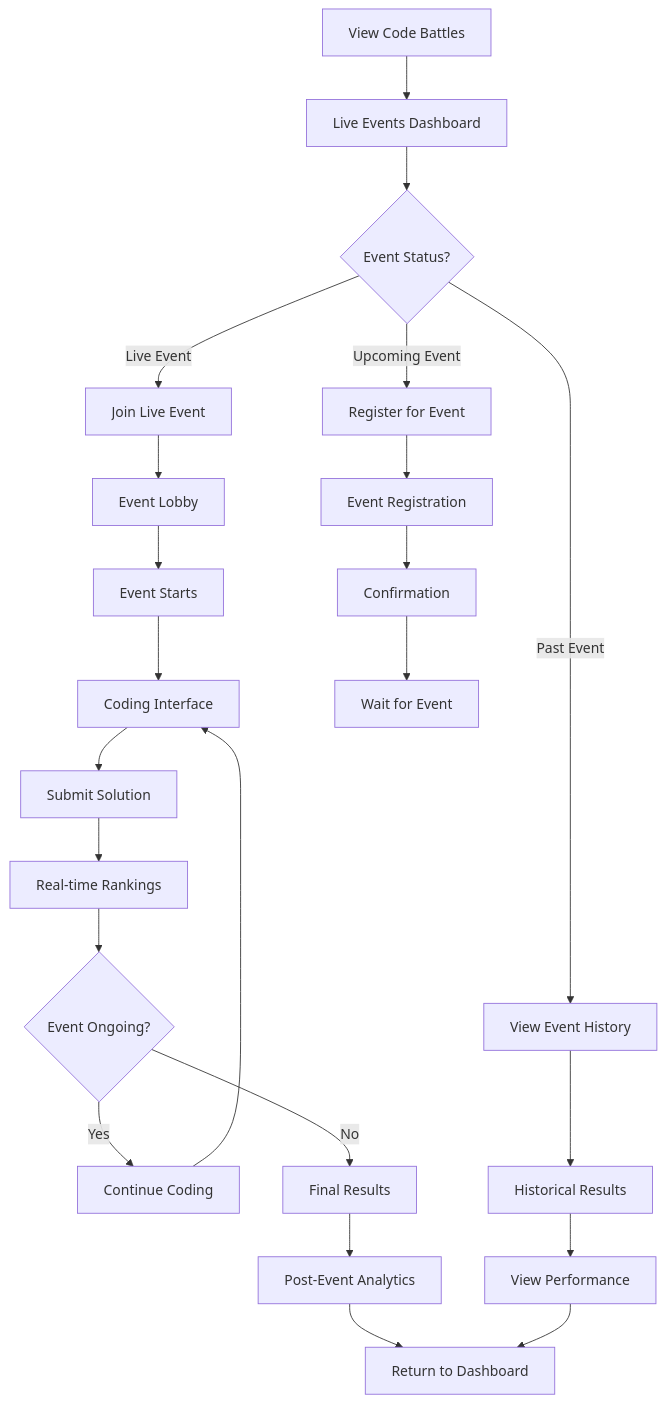
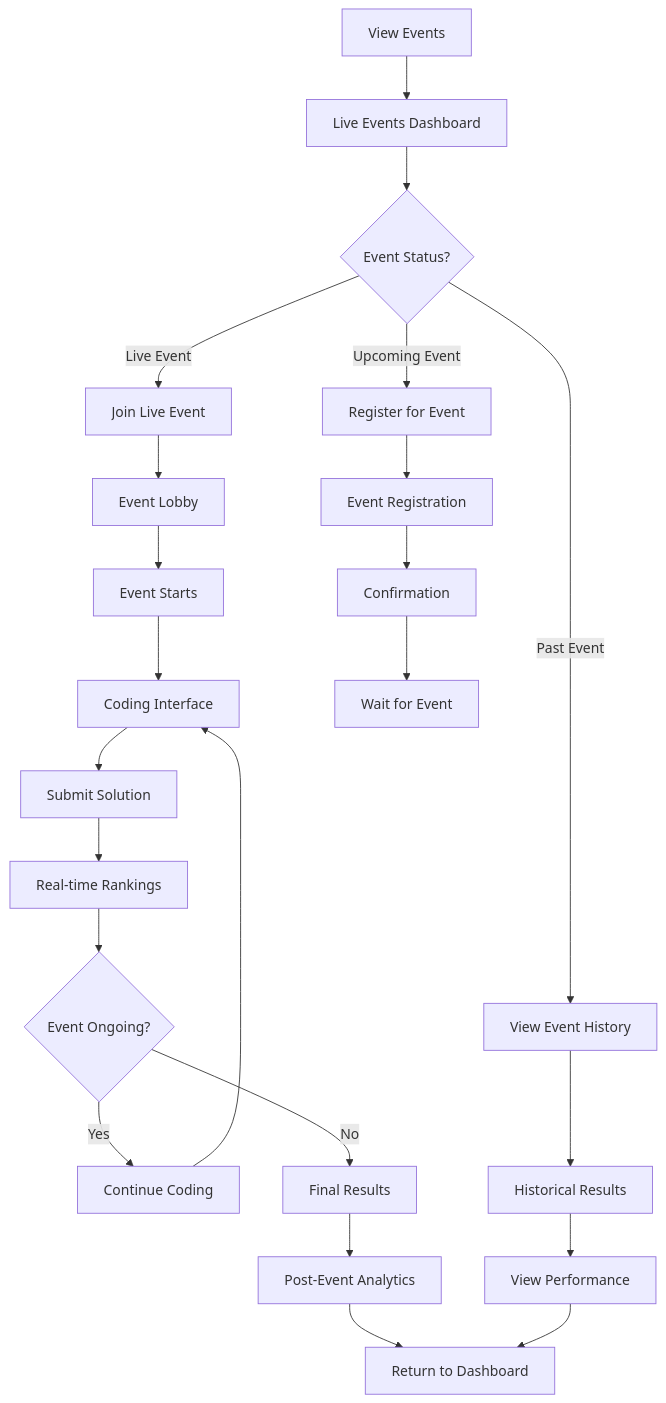
The sixth of 16 diagrams in docs/front-end-spec/user-flows-wireframes.md (FA25SE050-RogueLearn/RogueLearn.BMAD.Documentation), drawn with Mermaid before and after one commit. The commit also changed other lines of this file and 30 other files, not shown here.

````diff
--- a/docs/front-end-spec/user-flows-wireframes.md
+++ b/docs/front-end-spec/user-flows-wireframes.md
@@ -152,31 +152,31 @@
 ```mermaid
 graph TD
-    A[View Code Battles] --> B[Live Events Dashboard]
+    A[View Events] --> B[Live Events Dashboard]
     B --> C{Event Status?}
     
     C -->|Live Event| D[Join Live Event]
     C -->|Upcoming Event| E[Register for Event]
     C -->|Past Event| F[View Event History]
     
     D --> G[Event Lobby]
     G --> H[Event Starts]
     H --> I[Coding Interface]
     I --> J[Submit Solution]
     J --> K[Real-time Rankings]
     K --> L{Event Ongoing?}
     
     L -->|Yes| M[Continue Coding]
     L -->|No| N[Final Results]
     
     M --> I
     N --> O[Post-Event Analytics]
     O --> P[Return to Dashboard]
     
     E --> Q[Event Registration]
     Q --> R[Confirmation]
     R --> S[Wait for Event]
     
     F --> T[Historical Results]
     T --> U[View Performance]
     U --> P
 ```
````
